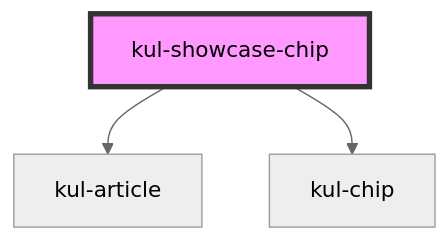
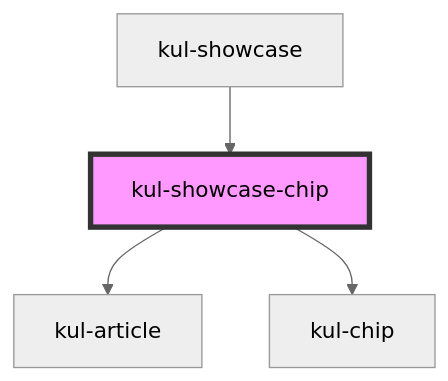
Before and after one commit to lucafoscili/ketchup-lite: the diagram in packages/ketchup-lite/src/components/kul-showcase/components/chip/readme.md, drawn with Mermaid (neutral theme). The commit also changed other lines of this file and 45 other files, not shown here.

````diff
--- a/packages/ketchup-lite/src/components/kul-showcase/components/chip/readme.md
+++ b/packages/ketchup-lite/src/components/kul-showcase/components/chip/readme.md
@@ -24,6 +28,7 @@
 ```mermaid
 graph TD;
   kul-showcase-chip --> kul-article
   kul-showcase-chip --> kul-chip
+  kul-showcase --> kul-showcase-chip
   style kul-showcase-chip fill:#f9f,stroke:#333,stroke-width:4px
 ```
````
